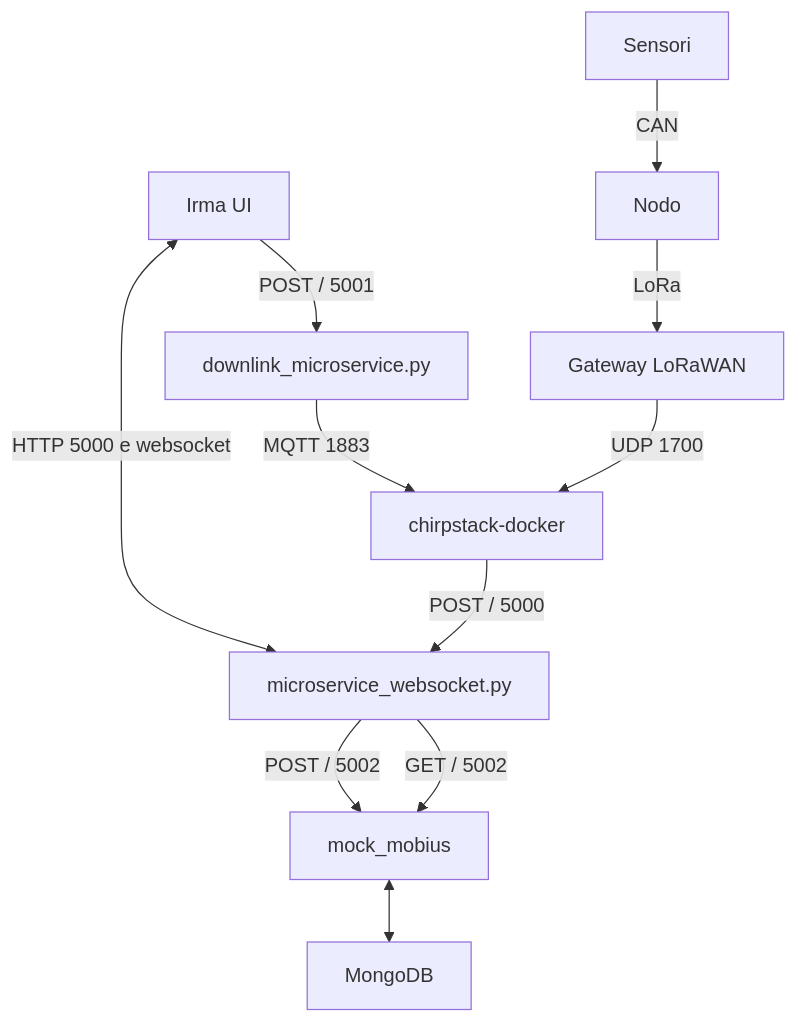
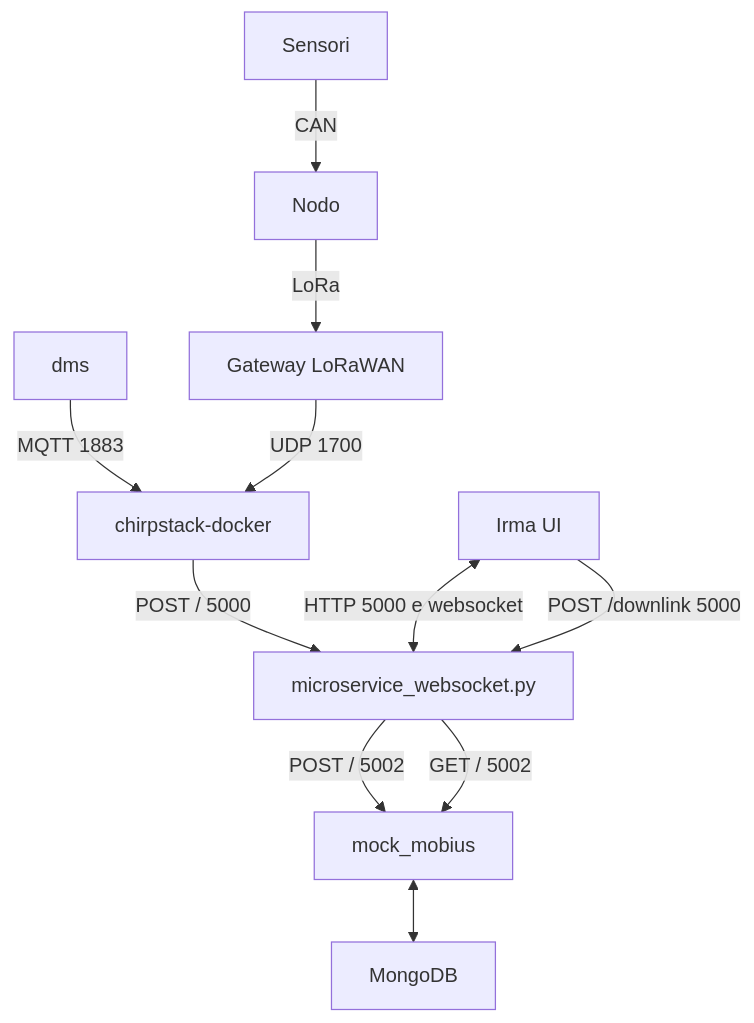
Before and after one commit to monemasrl/irma: the first of 4 diagrams in README.md, drawn with Mermaid. The commit also changed other lines of this file and 4 other files, not shown here.

Commit message:
Merged microservice_websocket and downlink_microservice

````diff
--- a/README.md
+++ b/README.md
@@ -8,25 +8,24 @@
 ```mermaid
 graph TD;
 
 chirpstack[chirpstack-docker]
 msw[microservice_websocket.py]
 mm[mock_mobius]
 db[MongoDB]
-dms[downlink_microservice.py]
 irma-ui[Irma UI]
 
 gateway[Gateway LoRaWAN]
 nodo[Nodo]
 sensori[Sensori]
 
 chirpstack -- POST / 5000 --> msw
 msw -- POST / 5002 --> mm
 msw -- GET / 5002 --> mm
 mm <--> db
 irma-ui <-- HTTP 5000 e websocket --> msw
-irma-ui -- POST / 5001 --> dms
+irma-ui -- POST /downlink 5000 --> msw
 dms -- MQTT 1883 --> chirpstack
 gateway -- UDP 1700 --> chirpstack
 nodo -- LoRa --> gateway
 sensori -- CAN --> nodo
 ```
````
